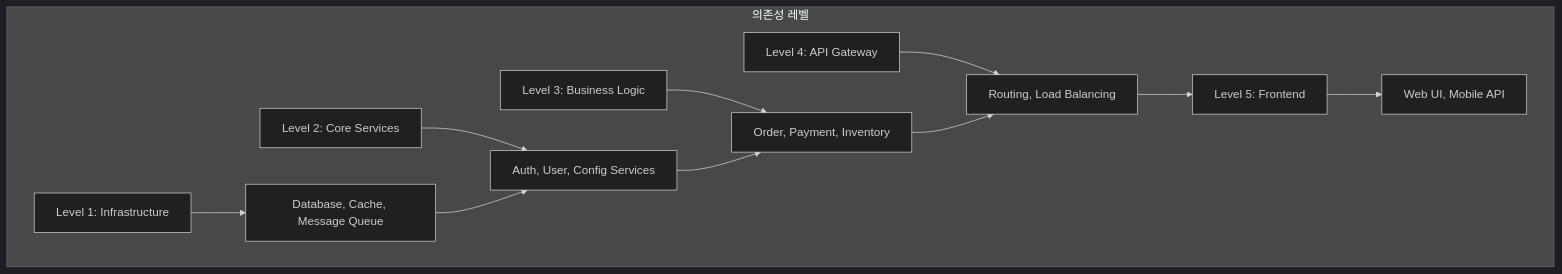
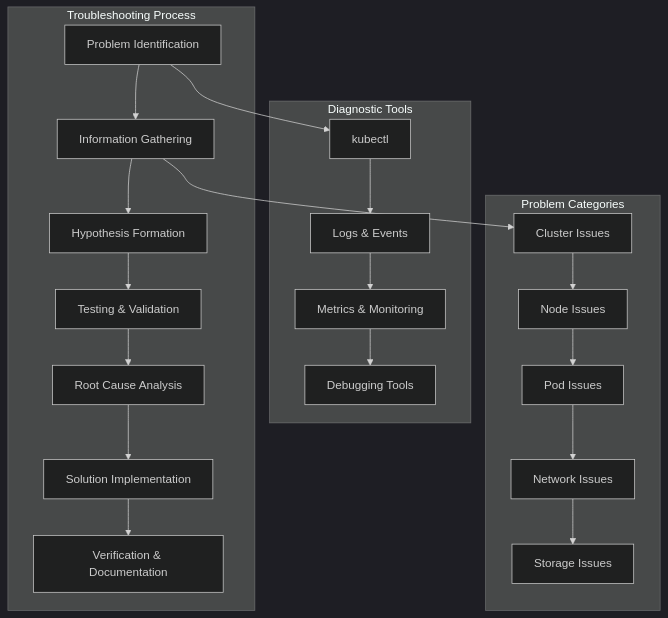
The diagram in week_02/day_04/session_04.md (niceguy61/kdt_devops_lecture_2025), drawn with Mermaid (dark theme) before and after one commit. The commit also changed other lines of this file and 41 other files, not shown here.

````diff
--- a/week_02/day_04/session_04.md
+++ b/week_02/day_04/session_04.md
@@ -15,15 +15,27 @@
 ```mermaid
 graph TB
-    subgraph "의존성 레벨"
-        A[Level 1: Infrastructure] --> B[Database, Cache, Message Queue]
-        C[Level 2: Core Services] --> D[Auth, User, Config Services]
-        E[Level 3: Business Logic] --> F[Order, Payment, Inventory]
-        G[Level 4: API Gateway] --> H[Routing, Load Balancing]
-        I[Level 5: Frontend] --> J[Web UI, Mobile API]
+    subgraph "Troubleshooting Process"
+        A[Problem Identification] --> B[Information Gathering]
+        B --> C[Hypothesis Formation]
+        C --> D[Testing & Validation]
+        D --> E[Root Cause Analysis]
+        E --> F[Solution Implementation]
+        F --> G[Verification & Documentation]
     end
     
-    B --> D
-    D --> F
-    F --> H
-    H --> I
+    subgraph "Diagnostic Tools"
+        H[kubectl] --> I[Logs & Events]
+        I --> J[Metrics & Monitoring]
+        J --> K[Debugging Tools]
+    end
+    
+    subgraph "Problem Categories"
+        L[Cluster Issues] --> M[Node Issues]
+        M --> N[Pod Issues]
+        N --> O[Network Issues]
+        O --> P[Storage Issues]
+    end
+    
+    A --> H
+    B --> L
 ```
````
